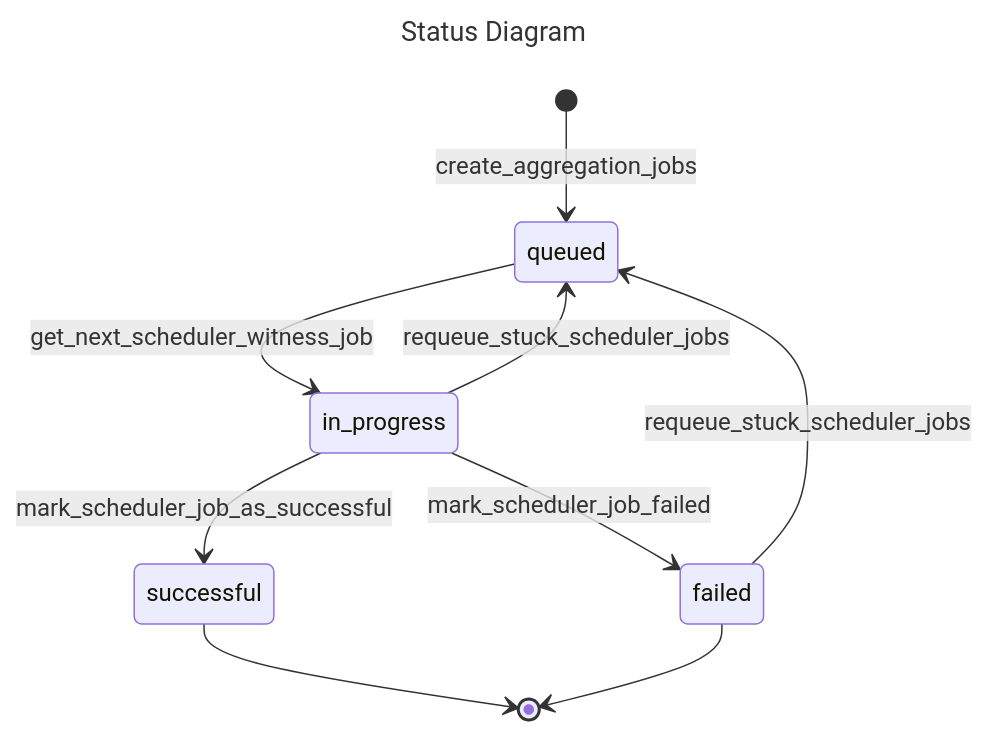
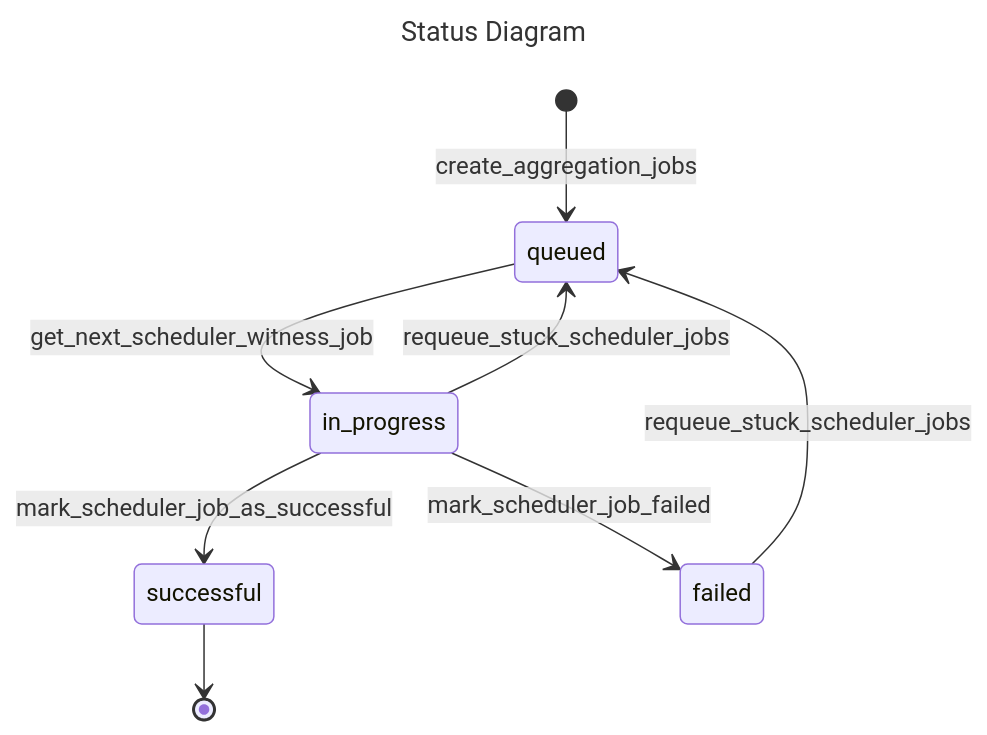
One commit to matter-labs/zksync-era changed the fourth of 4 diagrams in core/lib/dal/doc/FriWitnessGeneratorDal.md. Above: the diagram before and after it, drawn with Mermaid. The commit also changed other lines of this file and 2 other files, not shown here.

Commit message:
chore: opti diagram

````diff
--- a/core/lib/dal/doc/FriWitnessGeneratorDal.md
+++ b/core/lib/dal/doc/FriWitnessGeneratorDal.md
@@ -78,15 +75,14 @@
 ```mermaid
 ---
 title: Status Diagram
 ---
 stateDiagram-v2
-    [*] --> queued : create_aggregation_jobs
-    queued --> in_progress : get_next_scheduler_witness_job
-    in_progress --> successful : mark_scheduler_job_as_successful
-    successful --> [*]
-    in_progress --> failed : mark_scheduler_job_failed
-    failed --> [*]
-    failed --> queued : requeue_stuck_scheduler_jobs
-    in_progress --> queued : requeue_stuck_scheduler_jobs
+[*] --> queued: create_aggregation_jobs
+queued --> in_progress: get_next_scheduler_witness_job
+in_progress --> successful: mark_scheduler_job_as_successful
+successful --> [*]
+in_progress --> failed: mark_scheduler_job_failed
+failed --> queued: requeue_stuck_scheduler_jobs
+in_progress --> queued: requeue_stuck_scheduler_jobs
 
 ```
````
